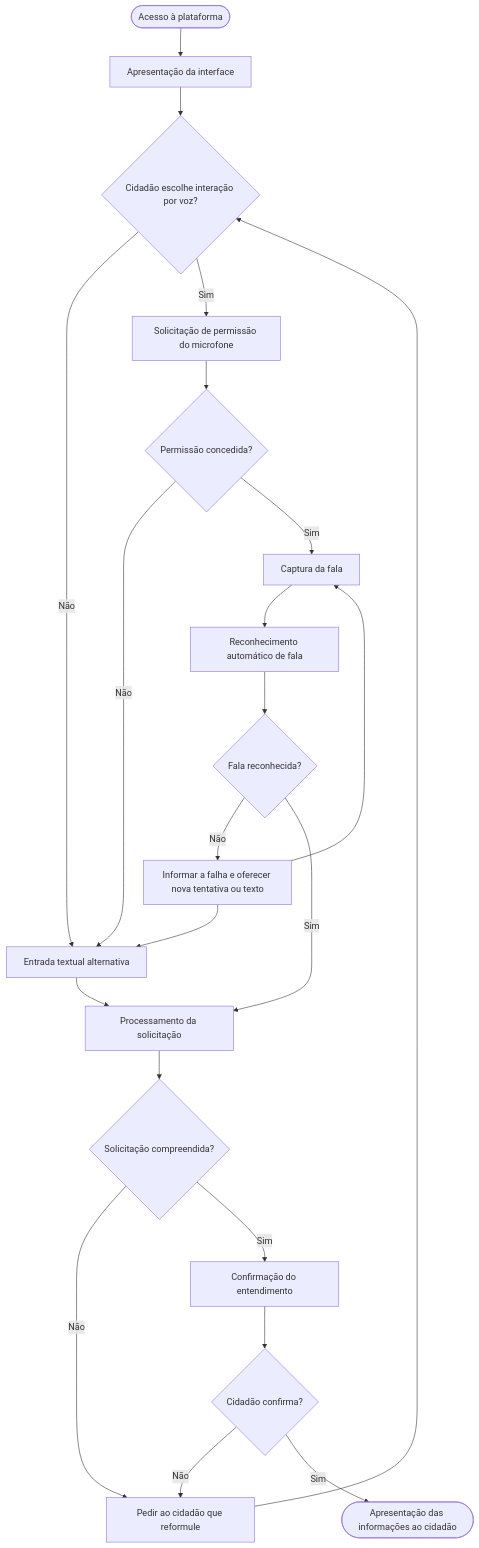
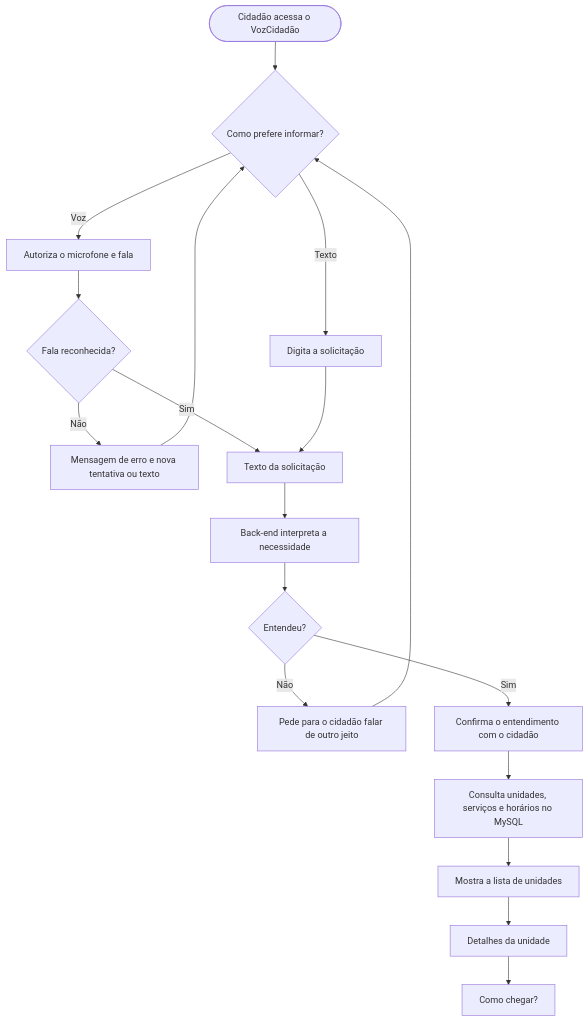
Before and after one commit to Dudad771/ProjetoVozCidadao: the first of 6 diagrams in README.md, drawn with Mermaid. The commit also changed other lines of this file, not shown here.

````diff
--- a/README.md
+++ b/README.md
@@ -169,24 +167,20 @@
 ```mermaid
 flowchart TD
-    A([Acesso à plataforma]) --> B[Apresentação da interface]
-    B --> C{Cidadão escolhe interação por voz?}
-    C -- Não --> T[Entrada textual alternativa]
-    C -- Sim --> D[Solicitação de permissão do microfone]
-    D --> E{Permissão concedida?}
-    E -- Não --> T
-    E -- Sim --> F[Captura da fala]
-    F --> G[Reconhecimento automático de fala]
-    G --> H{Fala reconhecida?}
-    H -- Não --> I[Informar a falha e oferecer nova tentativa ou texto]
-    I --> F
-    I --> T
-    H -- Sim --> K[Processamento da solicitação]
-    T --> K
-    K --> L{Solicitação compreendida?}
-    L -- Não --> M[Pedir ao cidadão que reformule]
-    M --> C
-    L -- Sim --> N[Confirmação do entendimento]
-    N --> O{Cidadão confirma?}
-    O -- Não --> M
-    O -- Sim --> P([Apresentação das informações ao cidadão])
+    A([Cidadão acessa o VozCidadão]) --> B{Como prefere informar?}
+    B -->|Voz| C[Autoriza o microfone e fala]
+    B -->|Texto| D[Digita a solicitação]
+    C --> E{Fala reconhecida?}
+    E -->|Não| F[Mensagem de erro e nova tentativa ou texto]
+    F --> B
+    E -->|Sim| G[Texto da solicitação]
+    D --> G
+    G --> H[Back-end interpreta a necessidade]
+    H --> I{Entendeu?}
+    I -->|Não| J[Pede para o cidadão falar de outro jeito]
+    J --> B
+    I -->|Sim| K[Confirma o entendimento com o cidadão]
+    K --> L[Consulta unidades, serviços e horários no MySQL]
+    L --> M[Mostra a lista de unidades]
+    M --> N[Detalhes da unidade]
+    N --> O[Como chegar?]
 ```
````
